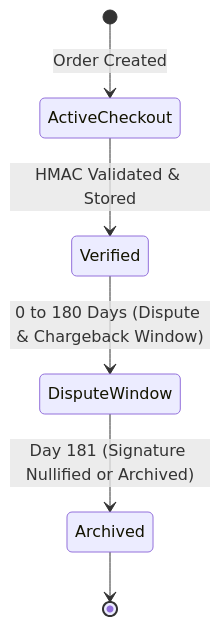
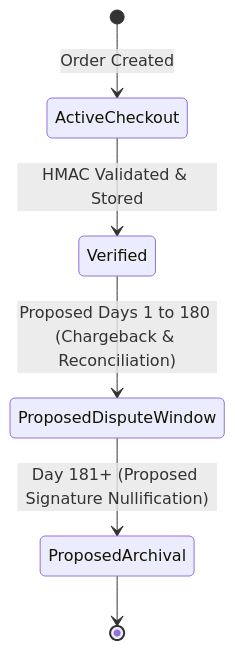
Before and after one commit to vinaychute2506-oss/Waakshop-Web: the diagram in reports/client-requirements-step-4/SIGNATURE_RETENTION_AND_ACCESS_POLICY.md, drawn with Mermaid. The commit also changed other lines of this file and 2 other files, not shown here.

First line of the commit message:
fix(security): reconcile order endpoints, clarify payment signature type, and label retention policy as proposed

````diff
--- a/reports/client-requirements-step-4/SIGNATURE_RETENTION_AND_ACCESS_POLICY.md
+++ b/reports/client-requirements-step-4/SIGNATURE_RETENTION_AND_ACCESS_POLICY.md
@@ -43,8 +50,8 @@
 ```mermaid
 stateDiagram-v2
     [*] --> ActiveCheckout: Order Created
     ActiveCheckout --> Verified: HMAC Validated & Stored
-    Verified --> DisputeWindow: 0 to 180 Days (Dispute & Chargeback Window)
-    DisputeWindow --> Archived: Day 181 (Signature Nullified or Archived)
-    Archived --> [*]
+    Verified --> ProposedDisputeWindow: Proposed Days 1 to 180 (Chargeback & Reconciliation)
+    ProposedDisputeWindow --> ProposedArchival: Day 181+ (Proposed Signature Nullification)
+    ProposedArchival --> [*]
 ```
````
